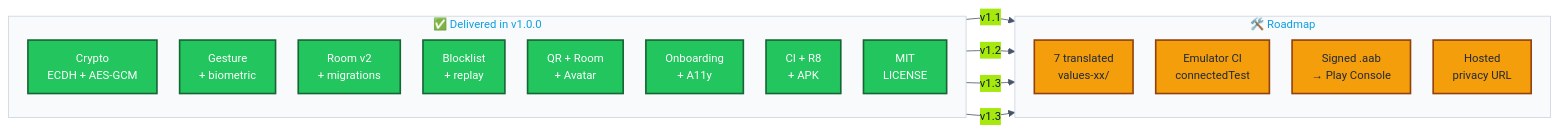
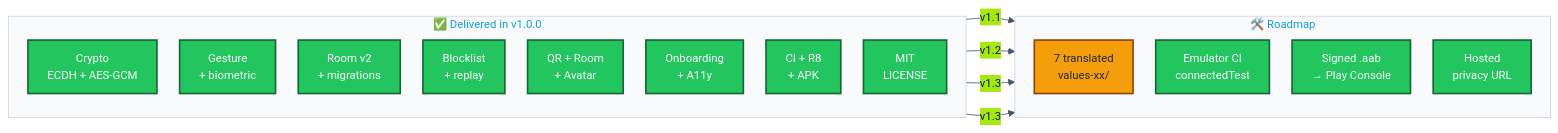
The diagram in docs/AUDIT.md (showerideas/Aura), drawn with Mermaid before and after one commit. The commit also changed other lines of this file and 16 other files, not shown here.

Commit message:
feat: v1.x — i18n (162 strings x 7 locales), hardened test suite, Play CI pipeline

````diff
--- a/docs/AUDIT.md
+++ b/docs/AUDIT.md
@@ -68,38 +68,38 @@
 ```mermaid
 %%{init: {'theme':'base','themeVariables':{
   'fontFamily':'ui-monospace, SFMono-Regular, Menlo, Monaco, monospace',
   'fontSize':'14px',
   'primaryColor':'#0EA5E9',
   'primaryTextColor':'#0F172A',
   'primaryBorderColor':'#075985',
   'lineColor':'#475569',
   'clusterBkg':'#F8FAFC',
   'clusterBorder':'#CBD5E1'
 },'flowchart':{'curve':'basis','nodeSpacing':28,'rankSpacing':34,'padding':12}}}%%
 flowchart LR
     subgraph DONE["✅&nbsp;Delivered&nbsp;in&nbsp;v1.0.0"]
         direction TB
         d1["Crypto<br/>ECDH&nbsp;+&nbsp;AES-GCM"]:::ok
         d2["Gesture<br/>+&nbsp;biometric"]:::ok
         d3["Room&nbsp;v2<br/>+&nbsp;migrations"]:::ok
         d4["Blocklist<br/>+&nbsp;replay"]:::ok
         d5["QR&nbsp;+&nbsp;Room<br/>+&nbsp;Avatar"]:::ok
         d6["Onboarding<br/>+&nbsp;A11y"]:::ok
         d7["CI&nbsp;+&nbsp;R8<br/>+&nbsp;APK"]:::ok
         d8["MIT<br/>LICENSE"]:::ok
     end
     subgraph TODO["🛠️&nbsp;Roadmap"]
         direction TB
         g1["7&nbsp;translated<br/>values-xx/"]:::warn
-        g2["Emulator&nbsp;CI<br/>connectedTest"]:::warn
-        g3["Signed&nbsp;.aab<br/>→&nbsp;Play&nbsp;Console"]:::warn
-        g4["Hosted<br/>privacy&nbsp;URL"]:::warn
+        g2["Emulator&nbsp;CI<br/>connectedTest"]:::ok
+        g3["Signed&nbsp;.aab<br/>→&nbsp;Play&nbsp;Console"]:::ok
+        g4["Hosted<br/>privacy&nbsp;URL"]:::ok
     end
     DONE -->|"v1.1"| g1
     DONE -->|"v1.2"| g2
     DONE -->|"v1.3"| g3
     DONE -->|"v1.3"| g4
 
     classDef ok fill:#22C55E,color:#FFFFFF,stroke:#166534,stroke-width:2px
     classDef warn fill:#F59E0B,color:#1F2937,stroke:#92400E,stroke-width:2px
 ```
````
